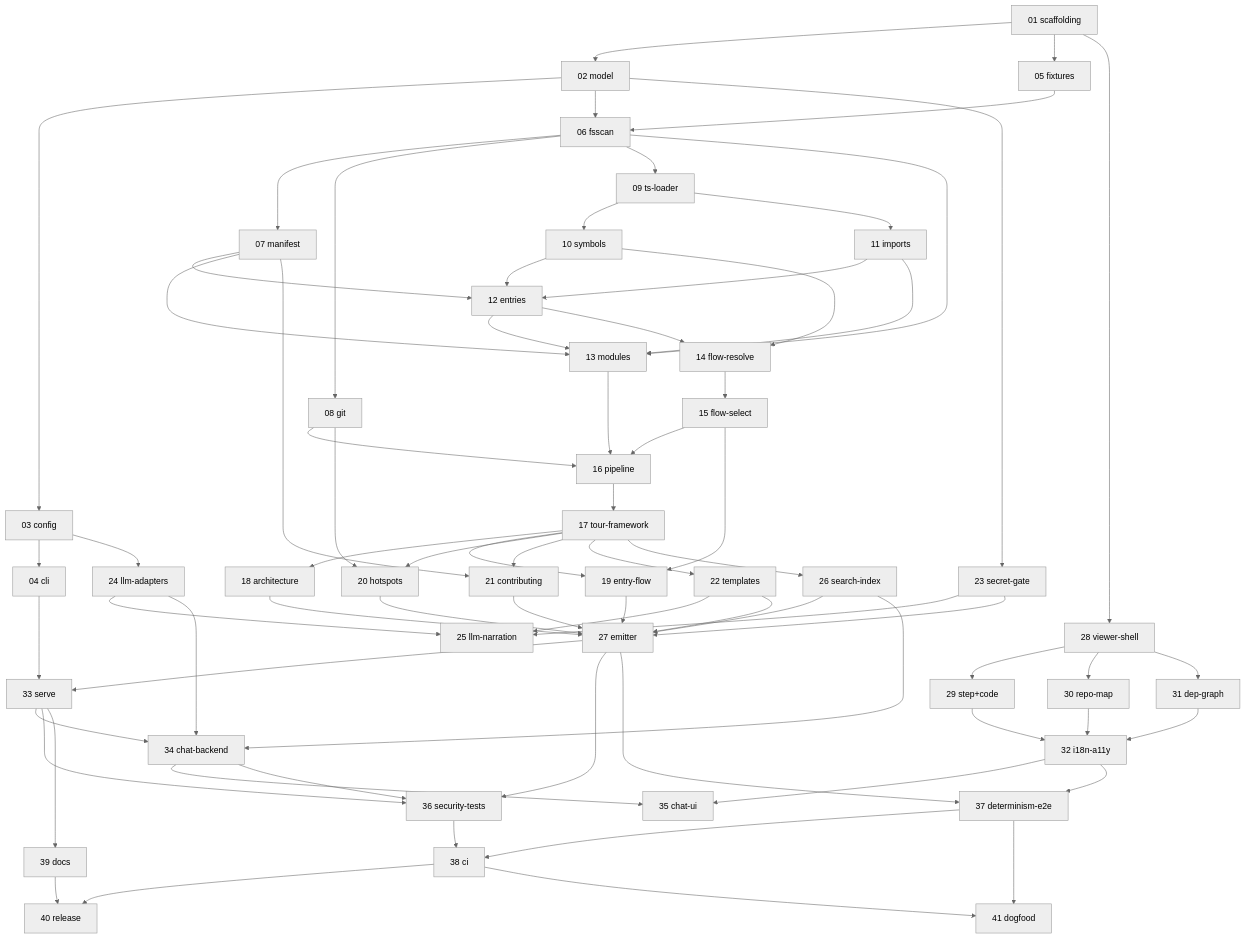
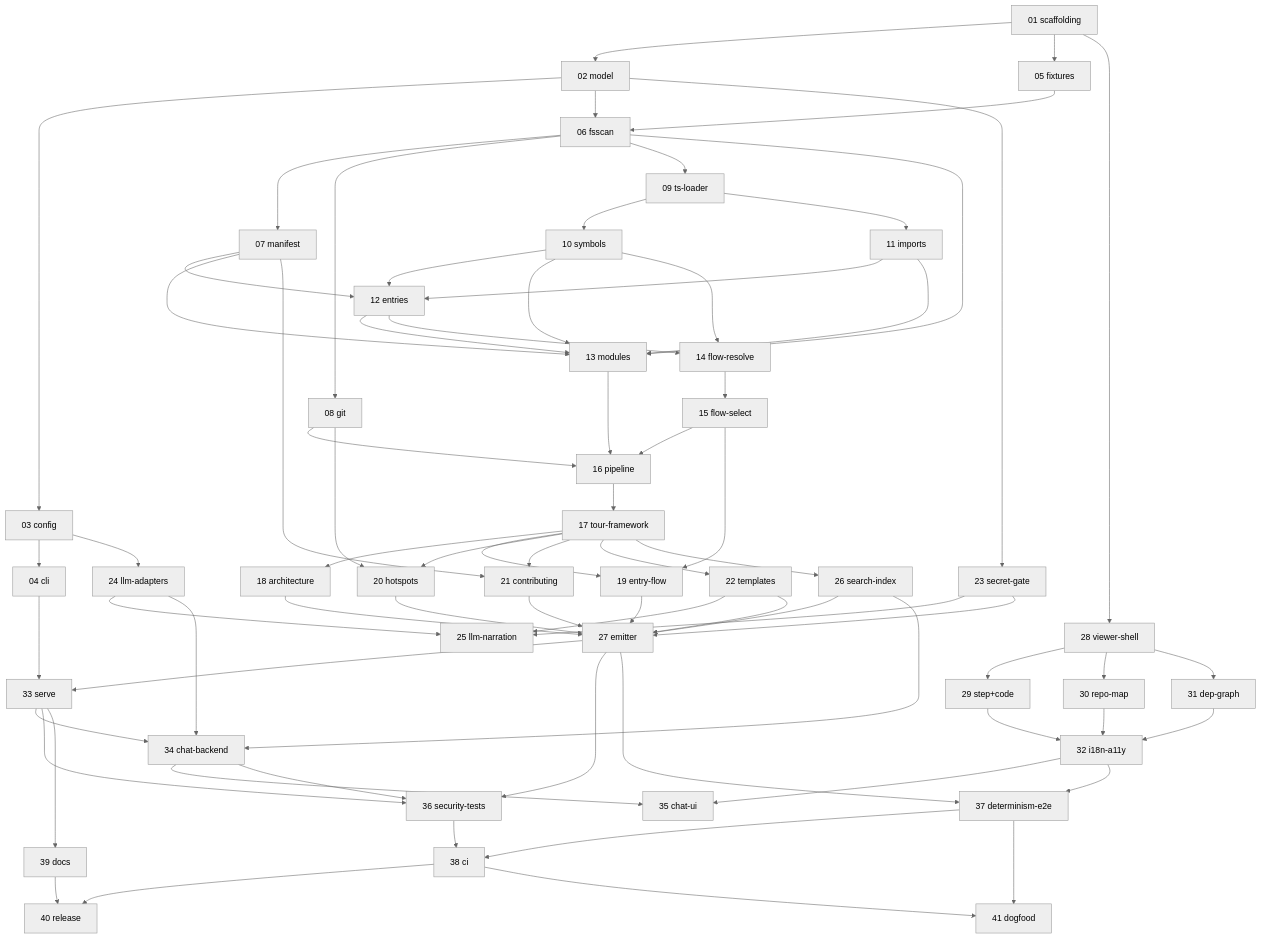
One commit to Saber5656/onboard changed the diagram in docs/ISSUE_PLAN.md. Above: the diagram before and after it, drawn with Mermaid (neutral theme). The commit also changed other lines of this file and 16 other files, not shown here.

````diff
--- a/docs/ISSUE_PLAN.md
+++ b/docs/ISSUE_PLAN.md
@@ -67,34 +67,34 @@
 ```mermaid
 flowchart TD
     I01[01 scaffolding] --> I02[02 model] --> I03[03 config] --> I04[04 cli]
     I01 --> I05[05 fixtures]
     I02 --> I06[06 fsscan]; I05 --> I06
     I06 --> I07[07 manifest]; I06 --> I08[08 git]; I06 --> I09[09 ts-loader]
     I09 --> I10[10 symbols]; I09 --> I11[11 imports]
     I07 --> I12[12 entries]; I10 --> I12; I11 --> I12
-    I06 --> I13[13 modules]; I07 --> I13; I11 --> I13; I12 --> I13
+    I06 --> I13[13 modules]; I07 --> I13; I10 --> I13; I11 --> I13; I12 --> I13
     I10 --> I14[14 flow-resolve]; I12 --> I14; I14 --> I15[15 flow-select]
     I13 --> I16[16 pipeline]; I15 --> I16; I08 --> I16
     I16 --> I17[17 tour-framework]
     I17 --> I18[18 architecture]; I17 --> I19[19 entry-flow]; I15 --> I19
     I17 --> I20[20 hotspots]; I08 --> I20
     I17 --> I21[21 contributing]; I07 --> I21
     I17 --> I22[22 templates]
     I02 --> I23[23 secret-gate]
     I03 --> I24[24 llm-adapters]
     I22 --> I25[25 llm-narration]; I23 --> I25; I24 --> I25
     I17 --> I26[26 search-index]
     I18 --> I27[27 emitter]; I19 --> I27; I20 --> I27; I21 --> I27; I22 --> I27; I23 --> I27; I26 --> I27
     I01 --> I28[28 viewer-shell] --> I29[29 step+code]
     I28 --> I30[30 repo-map]; I28 --> I31[31 dep-graph]
     I29 --> I32[32 i18n-a11y]; I30 --> I32; I31 --> I32
     I04 --> I33[33 serve]; I27 --> I33
     I24 --> I34[34 chat-backend]; I26 --> I34; I33 --> I34
     I32 --> I35[35 chat-ui]; I34 --> I35
     I27 --> I36[36 security-tests]; I33 --> I36; I34 --> I36
     I27 --> I37[37 determinism-e2e]; I32 --> I37
     I36 --> I38[38 ci]; I37 --> I38
     I33 --> I39[39 docs]
     I38 --> I40[40 release]; I39 --> I40
     I37 --> I41[41 dogfood]; I38 --> I41
 ```
````
